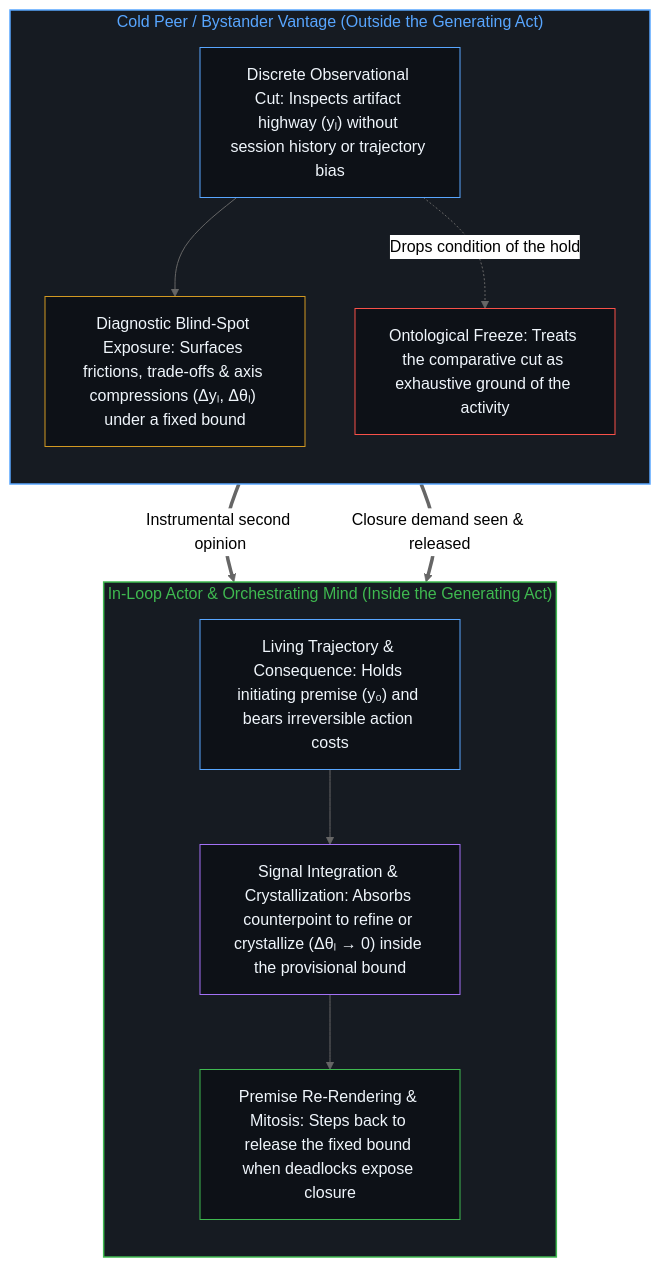
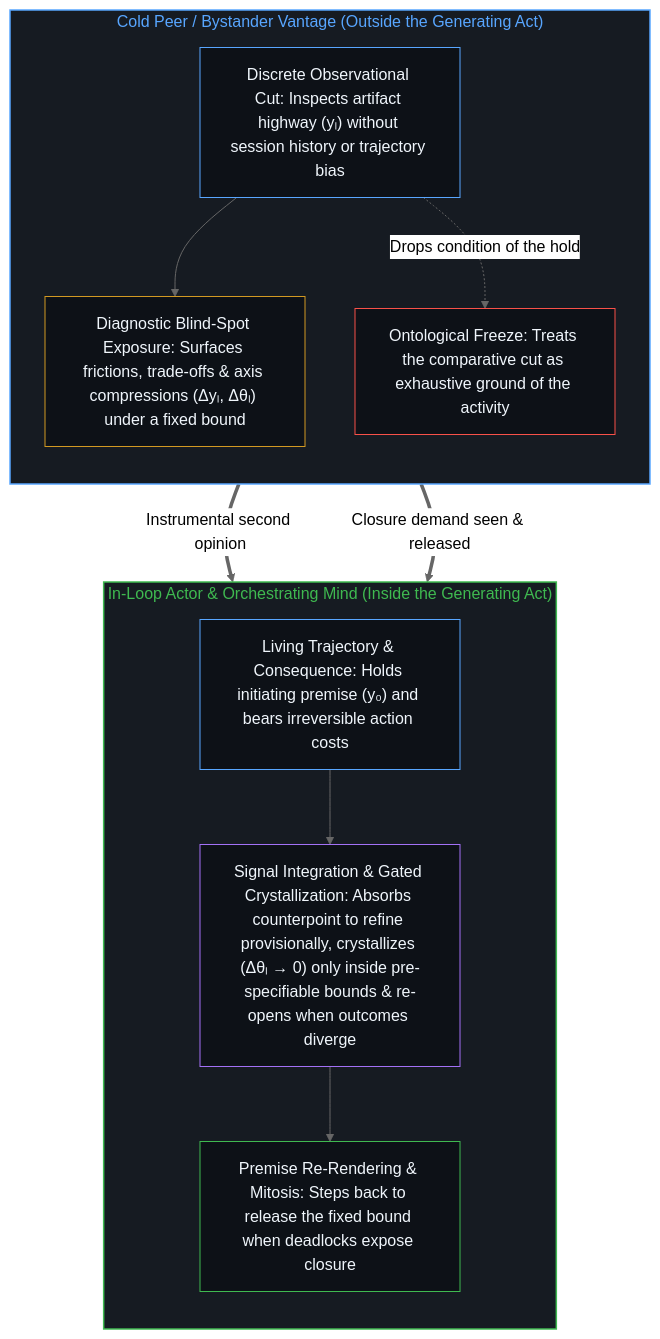
Before and after one commit to powerpig99/not-a-toe: the second of 2 diagrams in content/posts/the-paradoxical-nature-of-bystander-insights.md, drawn with Mermaid (neutral theme). The commit also changed other lines of this file and 3 other files, not shown here.

````diff
--- a/content/posts/the-paradoxical-nature-of-bystander-insights.md
+++ b/content/posts/the-paradoxical-nature-of-bystander-insights.md
@@ -98,28 +98,28 @@
 ```mermaid
 flowchart TD
     subgraph S_Bystander["Cold Peer / Bystander Vantage (Outside the Generating Act)"]
         direction TB
         B_Cut["Discrete Observational Cut: Inspects artifact highway (yₗ) without session history or trajectory bias"]
         B_Signal["Diagnostic Blind-Spot Exposure: Surfaces frictions, trade-offs & axis compressions (Δyₗ, Δθₗ) under a fixed bound"]
         B_Freeze["Ontological Freeze: Treats the comparative cut as exhaustive ground of the activity"]
         B_Cut --> B_Signal
         B_Cut -.->|"Drops condition of the hold"| B_Freeze
     end
     subgraph S_Actor["In-Loop Actor & Orchestrating Mind (Inside the Generating Act)"]
         direction TB
         A_History["Living Trajectory & Consequence: Holds initiating premise (y₀) and bears irreversible action costs"]
-        A_Integrate["Signal Integration & Crystallization: Absorbs counterpoint to refine or crystallize (Δθₗ → 0) inside the provisional bound"]
+        A_Integrate["Signal Integration & Gated Crystallization: Absorbs counterpoint to refine provisionally, crystallizes (Δθₗ → 0) only inside pre-specifiable bounds & re-opens when outcomes diverge"]
         A_Expand["Premise Re-Rendering & Mitosis: Steps back to release the fixed bound when deadlocks expose closure"]
         A_History --> A_Integrate --> A_Expand
     end
     B_Signal ==>|"Instrumental second opinion"| A_Integrate
     B_Freeze ==>|"Closure demand seen & released"| A_Expand
     style S_Bystander fill:#161b22,stroke:#58a6ff,stroke-width:1.5px,color:#58a6ff
     style S_Actor fill:#161b22,stroke:#3fb950,stroke-width:1.5px,color:#3fb950
     style B_Cut fill:#0d1117,stroke:#58a6ff,stroke-width:1px,color:#f0f6fc
     style B_Signal fill:#0d1117,stroke:#d29922,stroke-width:1px,color:#f0f6fc
     style B_Freeze fill:#0d1117,stroke:#f85149,stroke-width:1px,color:#f0f6fc
     style A_History fill:#0d1117,stroke:#58a6ff,stroke-width:1px,color:#f0f6fc
     style A_Integrate fill:#0d1117,stroke:#a371f7,stroke-width:1px,color:#f0f6fc
     style A_Expand fill:#0d1117,stroke:#3fb950,stroke-width:1px,color:#f0f6fc
 ```
````
